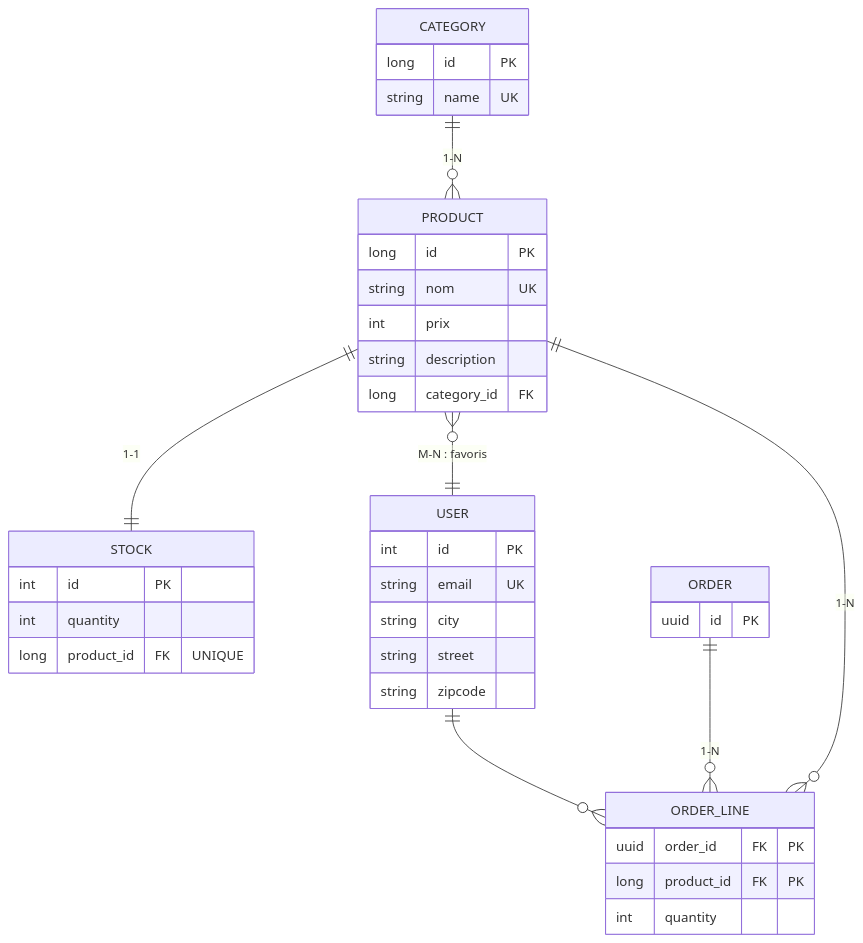
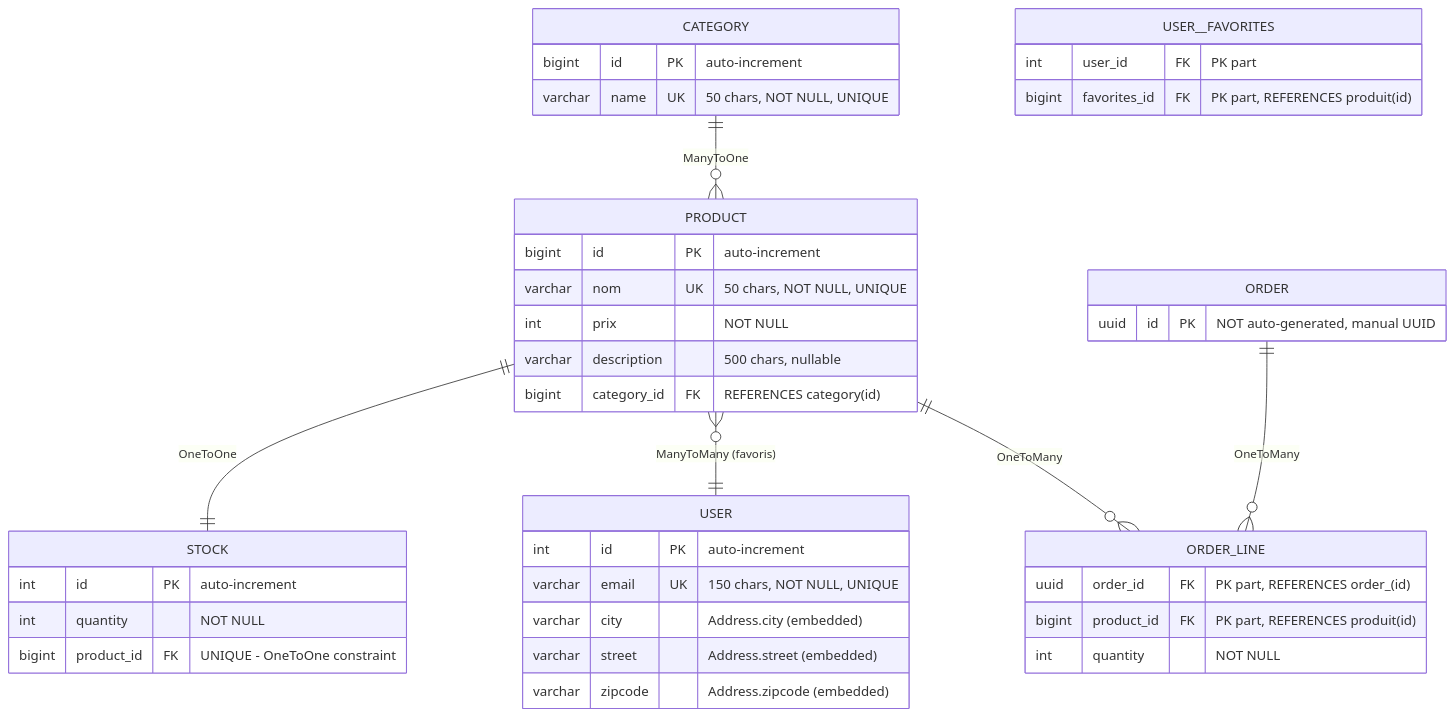
One commit to ByaSebastien/TF_Java2026_DemoJpa changed the diagram in README.md. Above: the diagram before and after it, drawn with Mermaid. The commit also changed other lines of this file and 16 other files, not shown here.

````diff
--- a/README.md
+++ b/README.md
@@ -451,46 +474,50 @@
 ```mermaid
 erDiagram
-    CATEGORY ||--o{ PRODUCT : "1-N"
-    PRODUCT ||--|| STOCK : "1-1"
-    PRODUCT }o--|| USER : "M-N : favoris"
-    USER ||--o{ ORDER_LINE : ""
-    ORDER ||--o{ ORDER_LINE : "1-N"
-    PRODUCT ||--o{ ORDER_LINE : "1-N"
+    CATEGORY ||--o{ PRODUCT : "ManyToOne"
+    PRODUCT ||--|| STOCK : "OneToOne"
+    PRODUCT }o--|| USER : "ManyToMany (favoris)"
+    ORDER ||--o{ ORDER_LINE : "OneToMany"
+    PRODUCT ||--o{ ORDER_LINE : "OneToMany"
 
     CATEGORY {
-        long id PK
-        string name UK
+        bigint id PK "auto-increment"
+        varchar name UK "50 chars, NOT NULL, UNIQUE"
     }
 
     PRODUCT {
-        long id PK
-        string nom UK
-        int prix
-        string description
-        long category_id FK
+        bigint id PK "auto-increment"
+        varchar nom UK "50 chars, NOT NULL, UNIQUE"
+        int prix "NOT NULL"
+        varchar description "500 chars, nullable"
+        bigint category_id FK "REFERENCES category(id)"
     }
 
     STOCK {
-        int id PK
-        int quantity
-        long product_id FK "UNIQUE"
+        int id PK "auto-increment"
+        int quantity "NOT NULL"
+        bigint product_id FK "UNIQUE - OneToOne constraint"
     }
 
     USER {
-        int id PK
-        string email UK
-        string city
-        string street
-        string zipcode
+        int id PK "auto-increment"
+        varchar email UK "150 chars, NOT NULL, UNIQUE"
+        varchar city "Address.city (embedded)"
+        varchar street "Address.street (embedded)"
+        varchar zipcode "Address.zipcode (embedded)"
+    }
+
+    USER__FAVORITES {
+        int user_id FK "PK part"
+        bigint favorites_id FK "PK part, REFERENCES produit(id)"
     }
 
     ORDER {
-        uuid id PK
+        uuid id PK "NOT auto-generated, manual UUID"
     }
 
     ORDER_LINE {
-        uuid order_id FK "PK"
-        long product_id FK "PK"
-        int quantity
+        uuid order_id FK "PK part, REFERENCES order_(id)"
+        bigint product_id FK "PK part, REFERENCES produit(id)"
+        int quantity "NOT NULL"
     }
 ```
````
